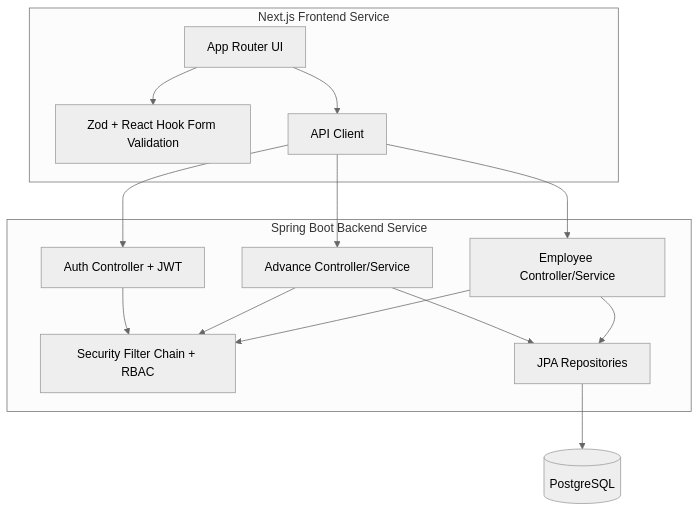
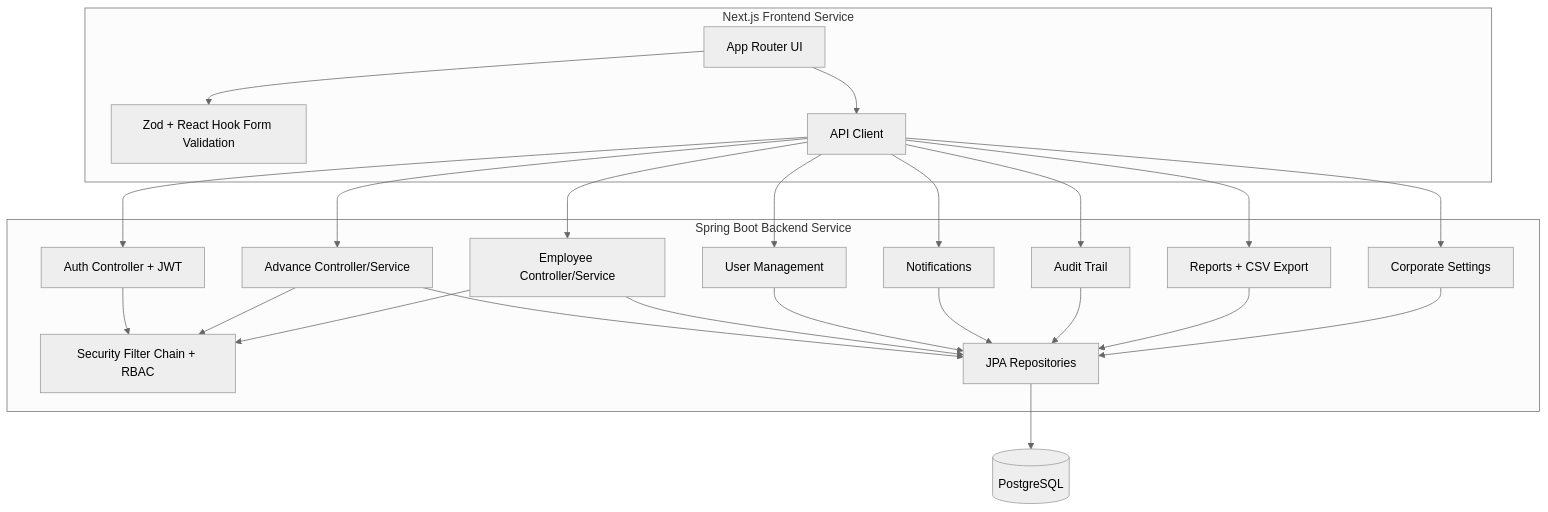
Before and after one commit to blackFLINT/ESS-SalaryAdvance: the second of 5 diagrams in docs/Design_Diagrams.md, drawn with Mermaid (neutral theme). The commit also changed other lines of this file and 84 other files, not shown here.

````diff
--- a/docs/Design_Diagrams.md
+++ b/docs/Design_Diagrams.md
@@ -25,30 +34,45 @@
 ```mermaid
 flowchart TB
   subgraph Frontend[Next.js Frontend Service]
     UI[App Router UI]
     VAL[Zod + React Hook Form Validation]
     APIClient[API Client]
   end
 
   subgraph Backend[Spring Boot Backend Service]
     AUTH[Auth Controller + JWT]
     ADV[Advance Controller/Service]
     EMP[Employee Controller/Service]
+    USR[User Management]
+    NOTIF[Notifications]
+    AUD[Audit Trail]
+    REP[Reports + CSV Export]
+    SET[Corporate Settings]
     SEC[Security Filter Chain + RBAC]
     REPO[JPA Repositories]
   end
 
   DB[(PostgreSQL)]
 
   UI --> VAL
   UI --> APIClient
   APIClient --> AUTH
   APIClient --> ADV
   APIClient --> EMP
+  APIClient --> USR
+  APIClient --> NOTIF
+  APIClient --> AUD
+  APIClient --> REP
+  APIClient --> SET
   AUTH --> SEC
   ADV --> SEC
   EMP --> SEC
   ADV --> REPO
   EMP --> REPO
+  USR --> REPO
+  NOTIF --> REPO
+  AUD --> REPO
+  REP --> REPO
+  SET --> REPO
   REPO --> DB
 ```
````
